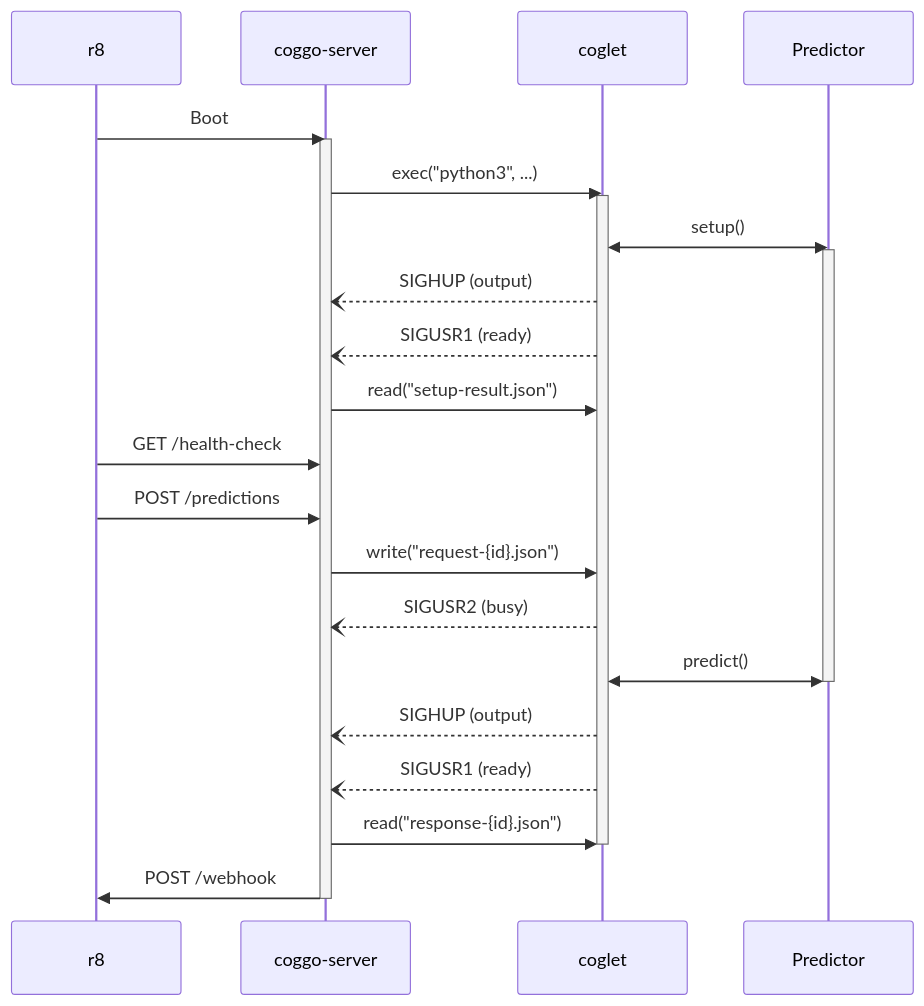
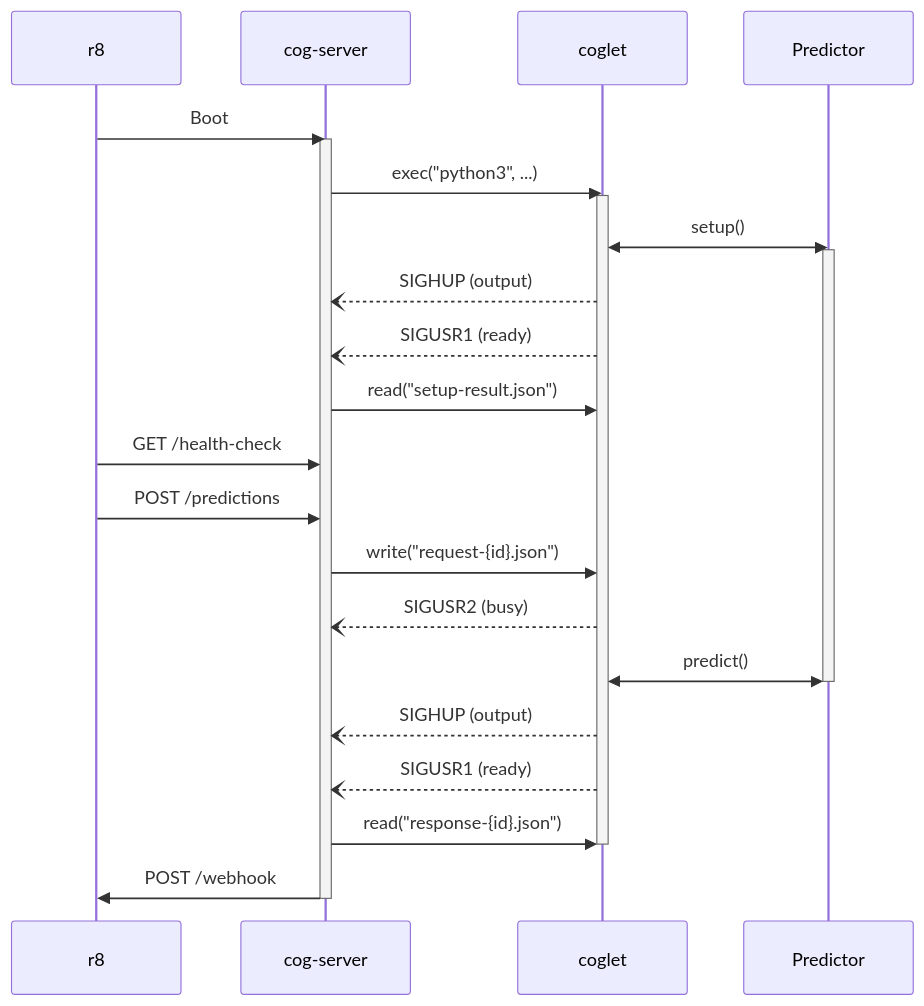
One commit to replicate/cog-runtime changed the diagram in README.md. Above: the diagram before and after it, drawn with Mermaid.

Commit message:
Relabel cog-server

````diff
--- a/README.md
+++ b/README.md
@@ -10,28 +10,28 @@
 ```mermaid
 sequenceDiagram
     participant r8
-    participant server as coggo-server
+    participant server as cog-server
     participant runner as coglet
     participant predictor as Predictor
     r8->>server: Boot
     activate server
     server->>runner: exec("python3", ...)
     activate runner
     runner<<->>predictor: setup()
     activate predictor
     runner--)server: SIGHUP (output)
     runner--)server: SIGUSR1 (ready)
     server->>runner: read("setup-result.json")
     r8->>server: GET /health-check
     r8->>server: POST /predictions
     server->>runner: write("request-{id}.json")
     runner--)server: SIGUSR2 (busy)
     runner<<->>predictor: predict()
     deactivate predictor
     runner--)server: SIGHUP (output)
     runner--)server: SIGUSR1 (ready)
     server->>runner: read("response-{id}.json")
     deactivate runner
     server->>r8: POST /webhook
     deactivate server
 ```
````
